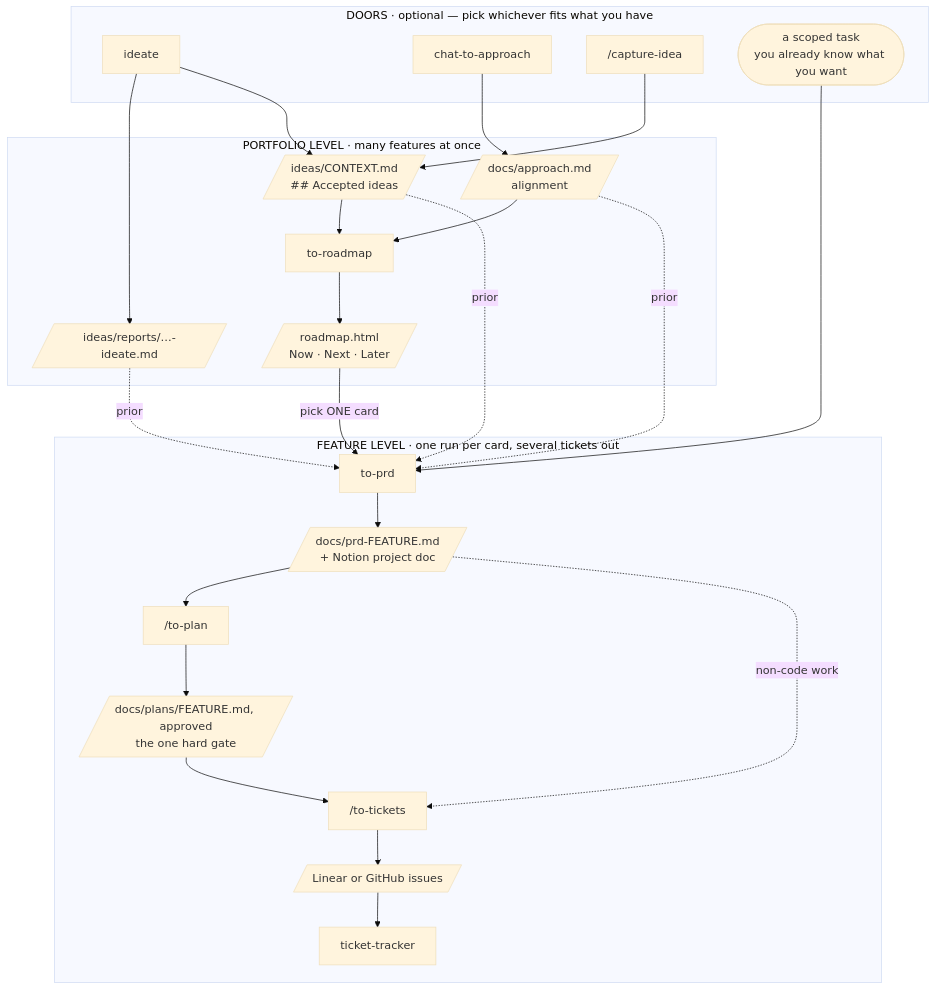
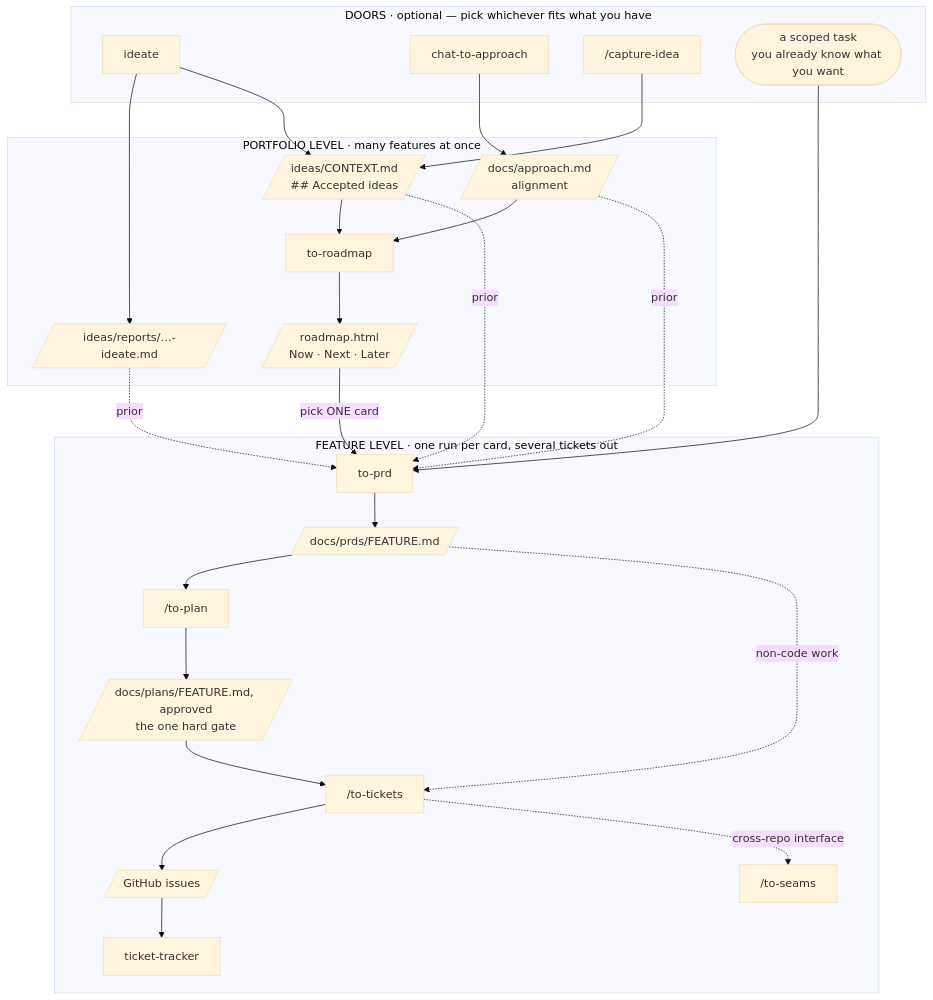
The diagram in skills/workflow/README.md (O-Marsters-1997/my-claude-code), drawn with Mermaid (base theme) before and after one commit. The commit also changed other lines of this file, not shown here.

````diff
--- a/skills/workflow/README.md
+++ b/skills/workflow/README.md
@@ -44,39 +47,41 @@
 ```mermaid
 flowchart TD
   subgraph DOORS["DOORS · optional — pick whichever fits what you have"]
     ideate["ideate"]
     chat["chat-to-approach"]
     capture["/capture-idea"]
     scoped(["a scoped task<br/>you already know what you want"])
   end
 
   subgraph PORTFOLIO["PORTFOLIO LEVEL · many features at once"]
     report[/"ideas/reports/…-ideate.md"/]
     ctx[/"ideas/CONTEXT.md<br/>## Accepted ideas"/]
     appr[/"docs/approach.md<br/>alignment"/]
     roadmap["to-roadmap"]
     board[/"roadmap.html<br/>Now · Next · Later"/]
   end
 
   subgraph SPINE["FEATURE LEVEL · one run per card, several tickets out"]
     prd["to-prd"]
-    prddoc[/"docs/prd-FEATURE.md<br/>+ Notion project doc"/]
+    prddoc[/"docs/prds/FEATURE.md"/]
     plan["/to-plan"]
     plandoc[/"docs/plans/FEATURE.md, approved<br/>the one hard gate"/]
     tick["/to-tickets"]
-    issues[/"Linear or GitHub issues"/]
+    issues[/"GitHub issues"/]
+    seams["/to-seams"]
     track["ticket-tracker"]
   end
 
   ideate --> report
   ideate --> ctx --> roadmap --> board
   chat --> appr --> roadmap
   capture --> ctx
   board -->|"pick ONE card"| prd
   scoped --> prd
   prd --> prddoc --> plan --> plandoc --> tick --> issues --> track
+  tick -.->|"cross-repo interface"| seams
   prddoc -.->|"non-code work"| tick
   appr -.->|"prior"| prd
   ctx -.->|"prior"| prd
   report -.->|"prior"| prd
 ```
````
